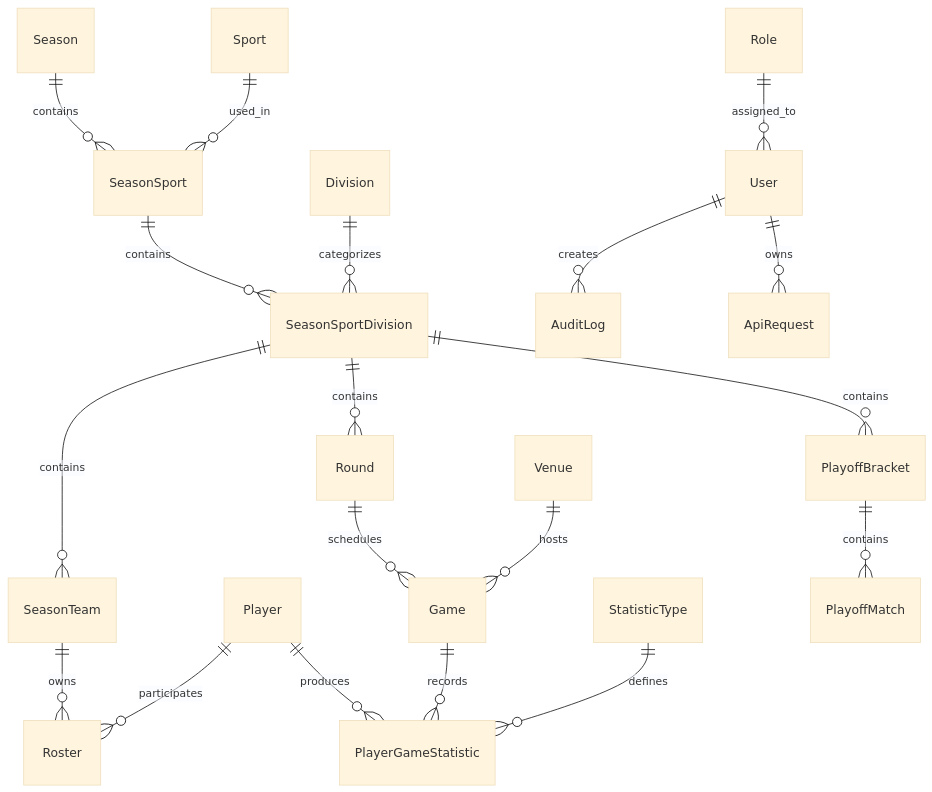
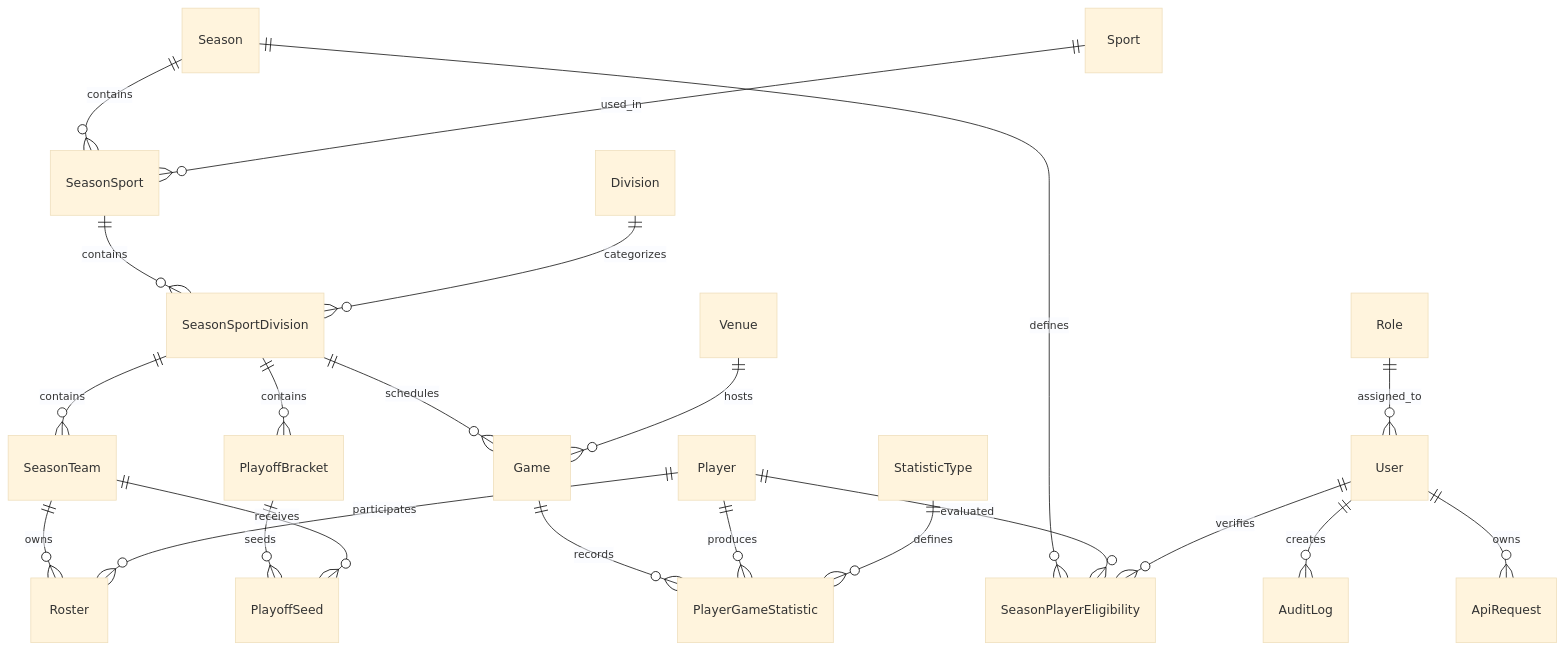
One commit to inamonanymous/BarangayLeagueSystem changed the diagram in docs/backend/erd-v1.md. Above: the diagram before and after it, drawn with Mermaid (base theme). The commit also changed other lines of this file and 148 other files, not shown here.

Commit message:
feat: add Season, Sport, and Division models

````diff
--- a/docs/backend/erd-v1.md
+++ b/docs/backend/erd-v1.md
@@ -480,30 +454,34 @@
 ```mermaid
 erDiagram
 
 Season ||--o{ SeasonSport : contains
 Sport ||--o{ SeasonSport : used_in
 
 SeasonSport ||--o{ SeasonSportDivision : contains
 Division ||--o{ SeasonSportDivision : categorizes
 
 SeasonSportDivision ||--o{ SeasonTeam : contains
-SeasonSportDivision ||--o{ Round : contains
+SeasonSportDivision ||--o{ Game : schedules
 SeasonSportDivision ||--o{ PlayoffBracket : contains
 
 SeasonTeam ||--o{ Roster : owns
 Player ||--o{ Roster : participates
 
-Round ||--o{ Game : schedules
 Venue ||--o{ Game : hosts
 
 Game ||--o{ PlayerGameStatistic : records
 Player ||--o{ PlayerGameStatistic : produces
 StatisticType ||--o{ PlayerGameStatistic : defines
 
-PlayoffBracket ||--o{ PlayoffMatch : contains
+PlayoffBracket ||--o{ PlayoffSeed : seeds
+SeasonTeam ||--o{ PlayoffSeed : receives
+
+Season ||--o{ SeasonPlayerEligibility : defines
+Player ||--o{ SeasonPlayerEligibility : evaluated
+User ||--o{ SeasonPlayerEligibility : verifies
 
 Role ||--o{ User : assigned_to
 
 User ||--o{ AuditLog : creates
 User ||--o{ ApiRequest : owns
 ```
````
